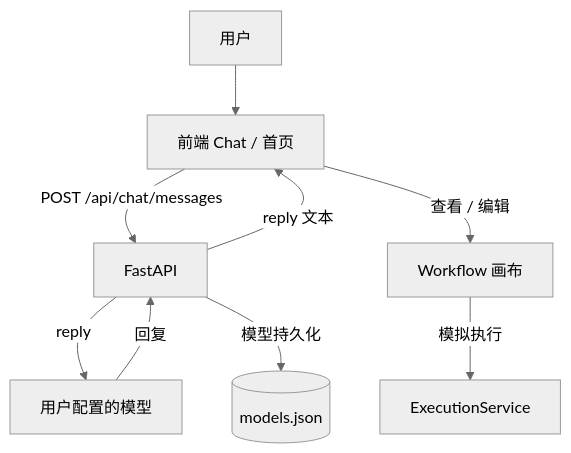
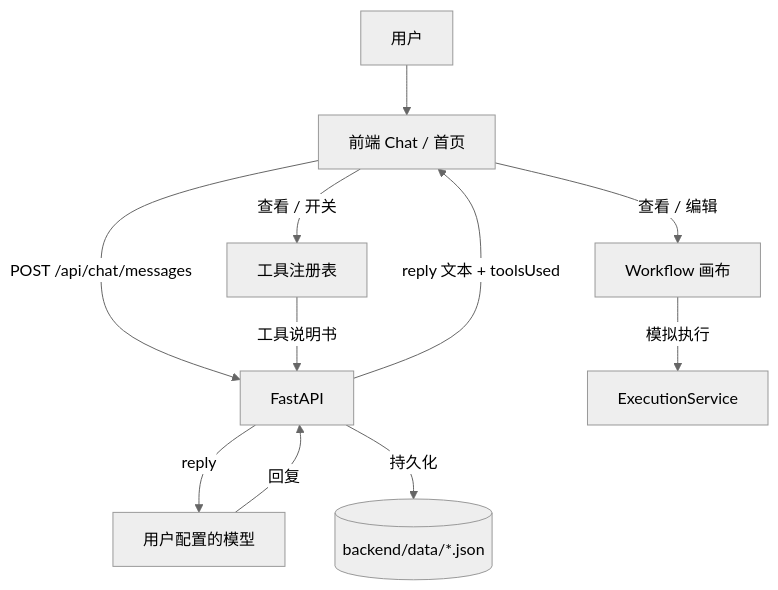
The diagram in README.md (Wukeeeeee/JIGSAW), drawn with Mermaid (neutral theme) before and after one commit. The commit also changed other lines of this file and 30 other files, not shown here.

````diff
--- a/README.md
+++ b/README.md
@@ -17,11 +17,13 @@
 ```mermaid
 graph TD
     U[用户] --> F[前端 Chat / 首页]
     F -->|POST /api/chat/messages| API[FastAPI]
     API -->|reply| LLM[用户配置的模型]
     LLM -->|回复| API
-    API -->|reply 文本| F
+    API -->|reply 文本 + toolsUsed| F
+    F -->|查看 / 开关| T[工具注册表]
+    T -->|工具说明书| API
     F -->|查看 / 编辑| W[Workflow 画布]
     W -->|模拟执行| EX[ExecutionService]
-    API -->|模型持久化| F1[(models.json)]
+    API -->|持久化| F1[(backend/data/*.json)]
 ```
````
